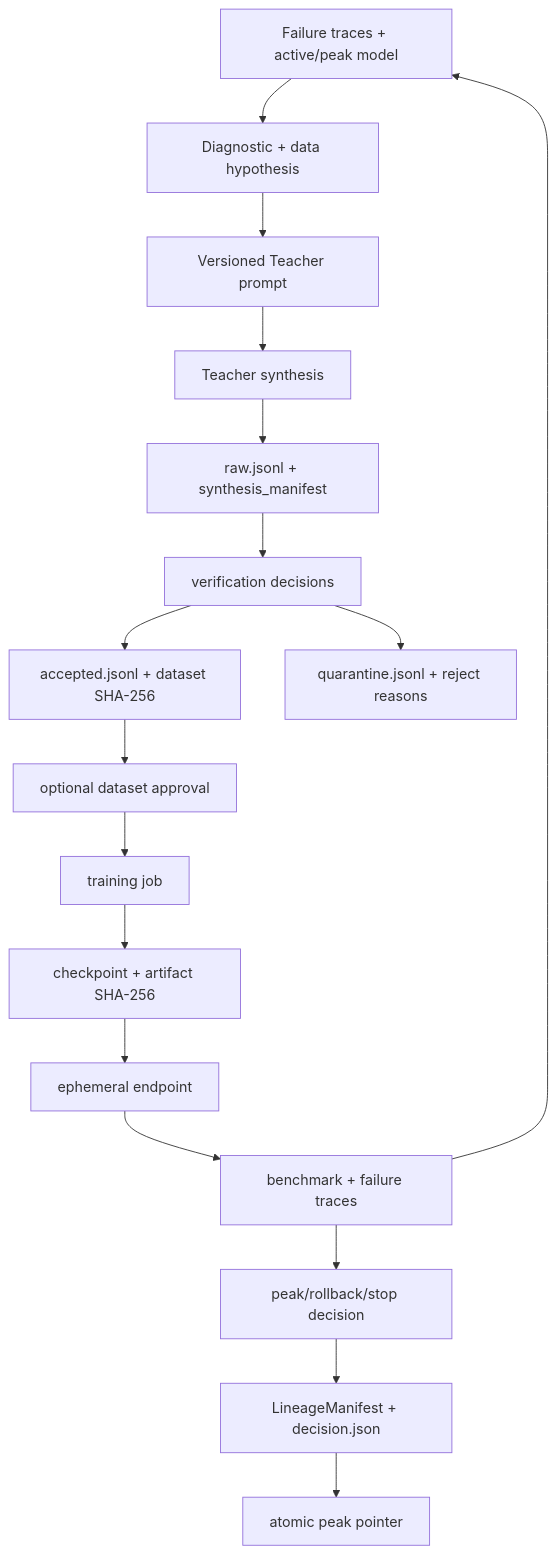
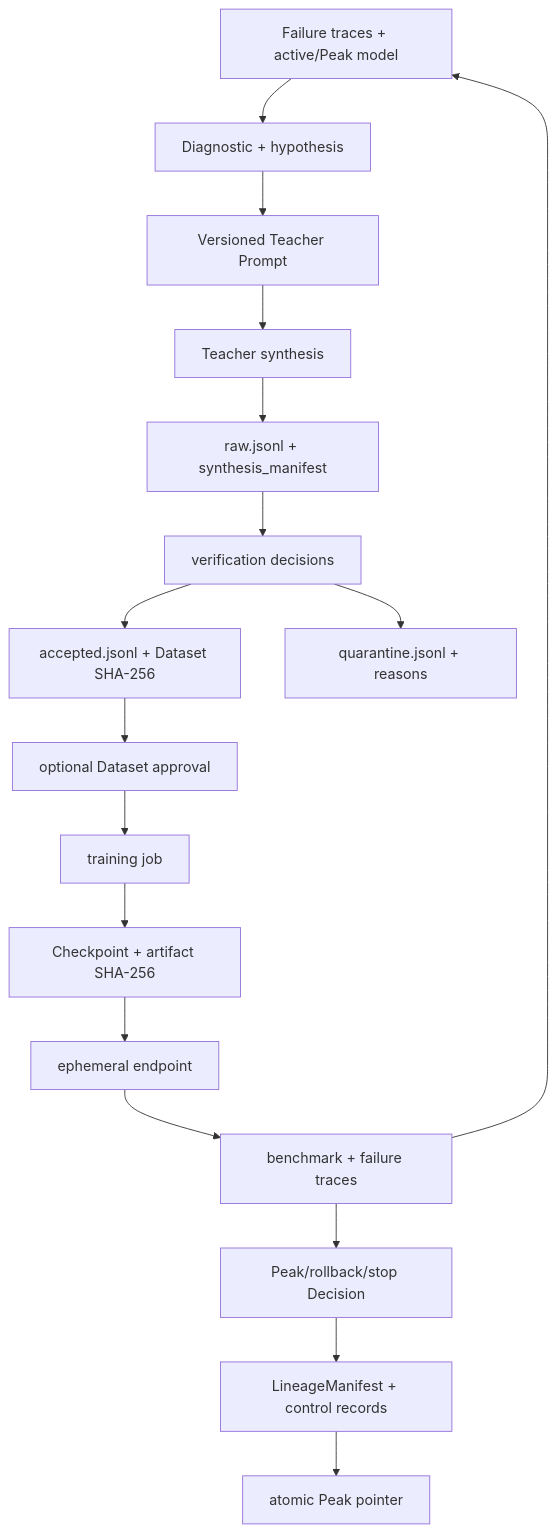
One commit to ed3c/post-training-rsi-pipeline changed the eighth of 8 diagrams in docs/state-machine.md. Above: the diagram before and after it, drawn with Mermaid. The commit also changed other lines of this file, not shown here.

Commit message:
docs(state): add implemented PR 3 decision boundary and ownership

````diff
--- a/docs/state-machine.md
+++ b/docs/state-machine.md
@@ -237,19 +351,19 @@
 ```mermaid
 flowchart TD
-    H[Failure traces + active/peak model] --> Y[Diagnostic + data hypothesis]
-    Y --> TP[Versioned Teacher prompt]
+    H[Failure traces + active/Peak model] --> Y[Diagnostic + hypothesis]
+    Y --> TP[Versioned Teacher Prompt]
     TP --> SYN[Teacher synthesis]
     SYN --> RAW[raw.jsonl + synthesis_manifest]
     RAW --> VER[verification decisions]
-    VER --> ACC[accepted.jsonl + dataset SHA-256]
-    VER --> Q[quarantine.jsonl + reject reasons]
-    ACC --> REV[optional dataset approval]
+    VER --> ACC[accepted.jsonl + Dataset SHA-256]
+    VER --> Q[quarantine.jsonl + reasons]
+    ACC --> REV[optional Dataset approval]
     REV --> TRAIN[training job]
-    TRAIN --> CKPT[checkpoint + artifact SHA-256]
+    TRAIN --> CKPT[Checkpoint + artifact SHA-256]
     CKPT --> SERVE[ephemeral endpoint]
     SERVE --> EVAL[benchmark + failure traces]
-    EVAL --> DEC[peak/rollback/stop decision]
-    DEC --> MAN[LineageManifest + decision.json]
-    MAN --> PEAK[atomic peak pointer]
+    EVAL --> DEC[Peak/rollback/stop Decision]
+    DEC --> MAN[LineageManifest + control records]
+    MAN --> PEAK[atomic Peak pointer]
     EVAL --> H
 ```
````
